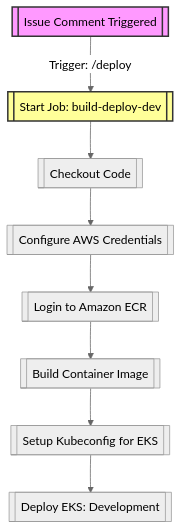
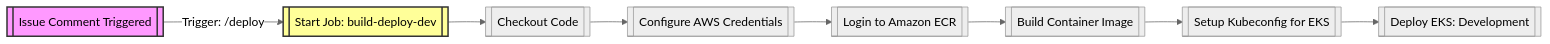
One commit to software-architecture-fiap/tech-challenge changed the first of 2 diagrams in docs/fase_3/cicd_code_app.md. Above: the diagram before and after it, drawn with Mermaid (neutral theme). The commit also changed other lines of this file, not shown here.

````diff
--- a/docs/fase_3/cicd_code_app.md
+++ b/docs/fase_3/cicd_code_app.md
@@ -28,23 +28,23 @@
 ```mermaid
 
-flowchart TD
+flowchart LR
   A[[Issue Comment Triggered]]
     style A fill:#f9f,stroke:#333,stroke-width:2
   B[[Start Job: build-deploy-dev]]
     style B fill:#ff9,stroke:#333,stroke-width:2
   C[[Checkout Code]]
   D[[Configure AWS Credentials]]
   E[[Login to Amazon ECR]]
   F[[Build Container Image]]
   G[[Setup Kubeconfig for EKS]]
   H[[Deploy EKS: Development]]
 
   A -->|Trigger: /deploy| B
   B --> C
   C --> D
   D --> E
   E --> F
   F --> G
   G --> H
 
 ```
````
